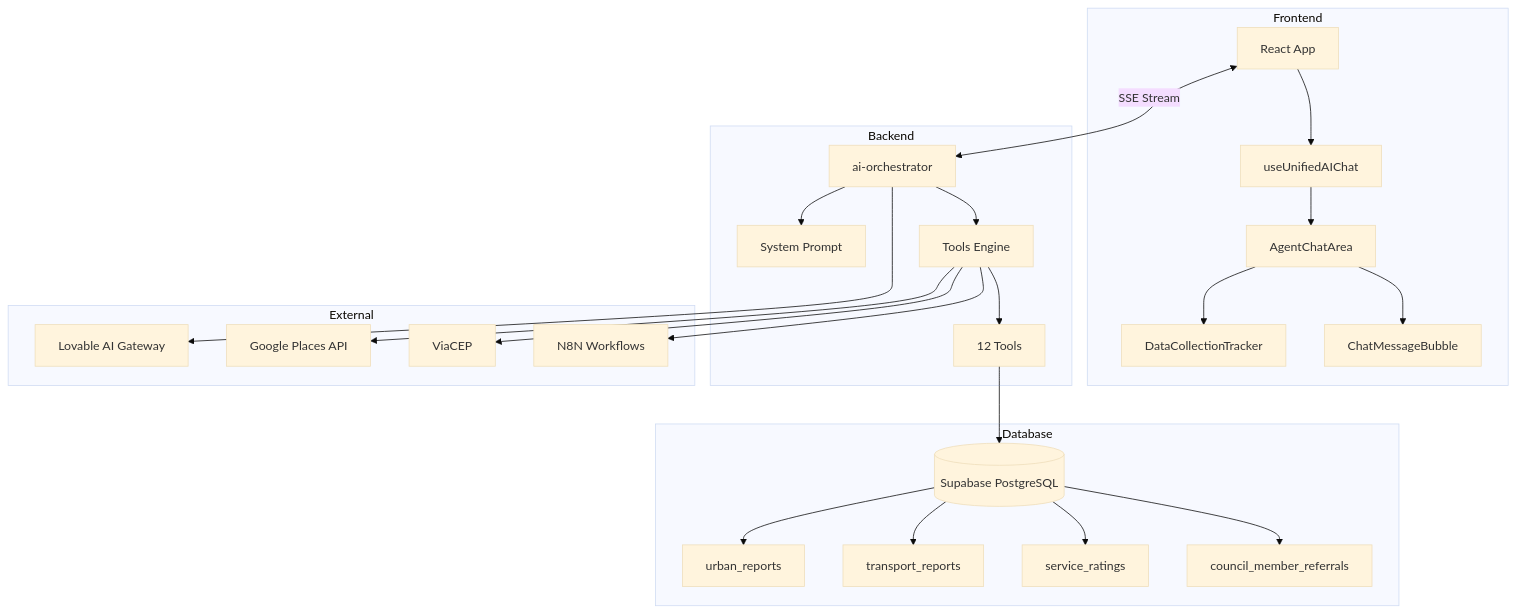
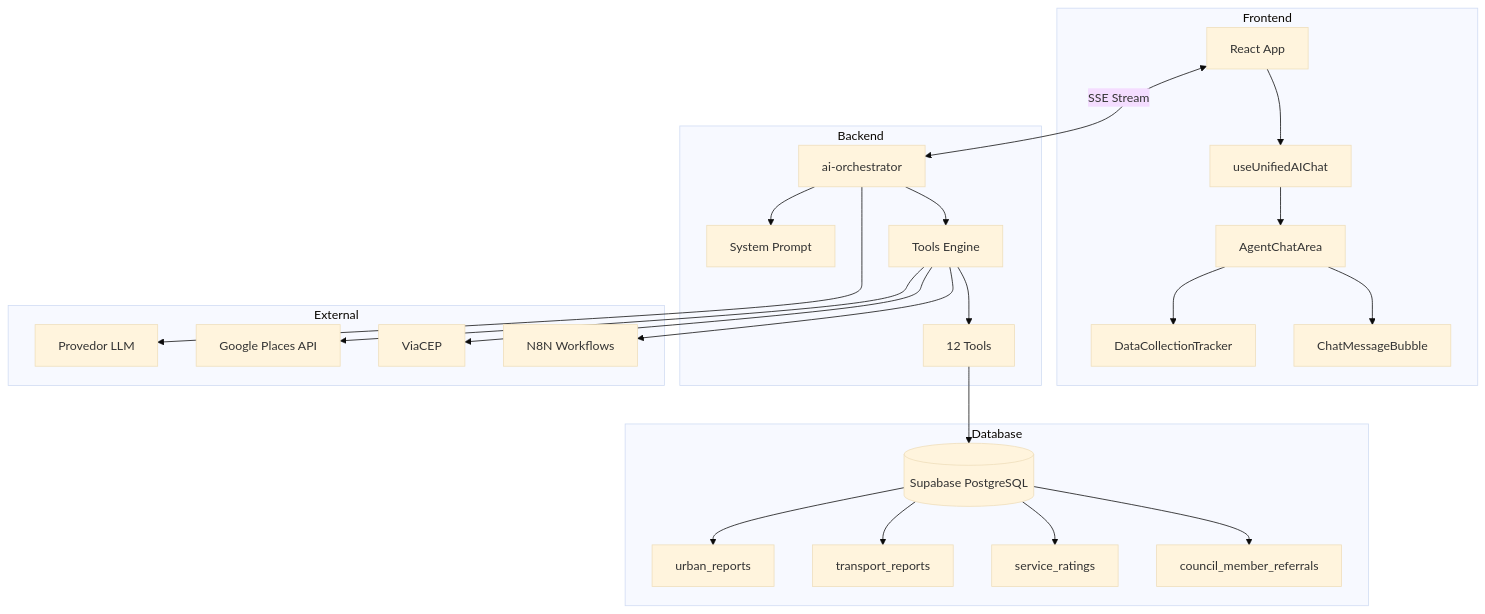
One commit to MTechnologia/camana-na-mao changed diagram 13 of 21 in docs/AI_ORCHESTRATOR_SPECIFICATION.md. Above: the diagram before and after it, drawn with Mermaid (base theme). The commit also changed other lines of this file and 33 other files, not shown here.

````diff
--- a/docs/AI_ORCHESTRATOR_SPECIFICATION.md
+++ b/docs/AI_ORCHESTRATOR_SPECIFICATION.md
@@ -3782,41 +3782,41 @@
 ```mermaid
 graph TB
     subgraph Frontend
         A[React App] --> B[useUnifiedAIChat]
         B --> C[AgentChatArea]
         C --> D[DataCollectionTracker]
         C --> E[ChatMessageBubble]
     end
     
     subgraph Backend
         F[ai-orchestrator] --> G[System Prompt]
         F --> H[Tools Engine]
         H --> I[12 Tools]
     end
     
     subgraph External
-        J[Lovable AI Gateway]
+        J[Provedor LLM]
         K[Google Places API]
         L[ViaCEP]
         M[N8N Workflows]
     end
     
     subgraph Database
         N[(Supabase PostgreSQL)]
         O[urban_reports]
         P[transport_reports]
         Q[service_ratings]
         R[council_member_referrals]
     end
     
     A <-->|SSE Stream| F
     F --> J
     H --> K
     H --> L
     H --> M
     I --> N
     N --> O
     N --> P
     N --> Q
     N --> R
 ```
````
